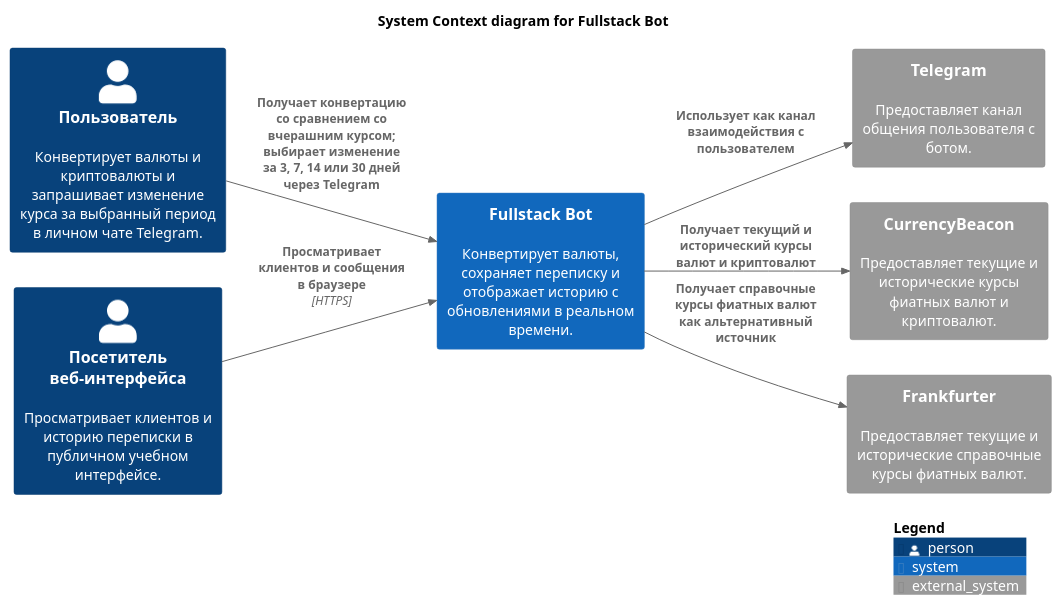
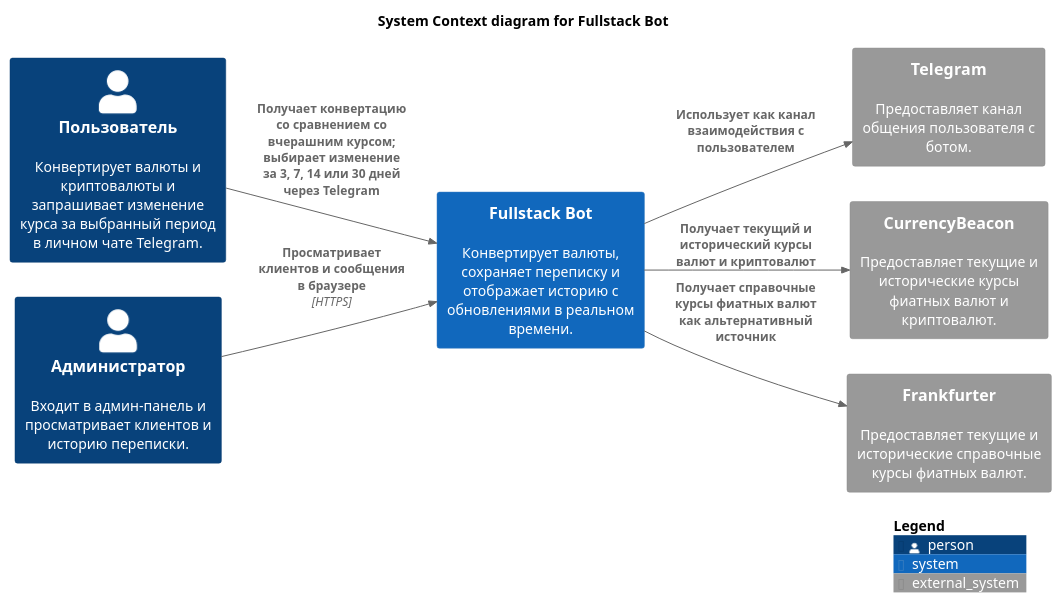
One commit to yarek-dev/FastestCurrency changed the diagram in docs/architecture/c4-context.puml. Above: the diagram before and after it, drawn with PlantUML. The commit also changed 30 other files, not shown here.

```diff
--- a/docs/architecture/c4-context.puml
+++ b/docs/architecture/c4-context.puml
@@ -1,24 +1,24 @@
 @startuml Fullstack Bot - System Context
 !include <C4/C4_Context>
 
 title System Context diagram for Fullstack Bot
 
 LAYOUT_LEFT_RIGHT()
 
 Person(user, "Пользователь", "Конвертирует валюты и криптовалюты и запрашивает изменение курса за выбранный период в личном чате Telegram.")
-Person(viewer, "Посетитель веб-интерфейса", "Просматривает клиентов и историю переписки в публичном учебном интерфейсе.")
+Person(viewer, "Администратор", "Входит в админ-панель и просматривает клиентов и историю переписки.")
 
 System(fullstack_bot, "Fullstack Bot", "Конвертирует валюты, сохраняет переписку и отображает историю с обновлениями в реальном времени.")
 
 System_Ext(telegram, "Telegram", "Предоставляет канал общения пользователя с ботом.")
 System_Ext(currency_beacon, "CurrencyBeacon", "Предоставляет текущие и исторические курсы фиатных валют и криптовалют.")
 System_Ext(frankfurter, "Frankfurter", "Предоставляет текущие и исторические справочные курсы фиатных валют.")
 
 Rel(user, fullstack_bot, "Получает конвертацию со сравнением со вчерашним курсом; выбирает изменение за 3, 7, 14 или 30 дней через Telegram")
 Rel(viewer, fullstack_bot, "Просматривает клиентов и сообщения в браузере", "HTTPS")
 Rel(fullstack_bot, telegram, "Использует как канал взаимодействия с пользователем")
 Rel(fullstack_bot, currency_beacon, "Получает текущий и исторический курсы валют и криптовалют")
 Rel(fullstack_bot, frankfurter, "Получает справочные курсы фиатных валют как альтернативный источник")
 
 SHOW_LEGEND()
 @enduml
```
